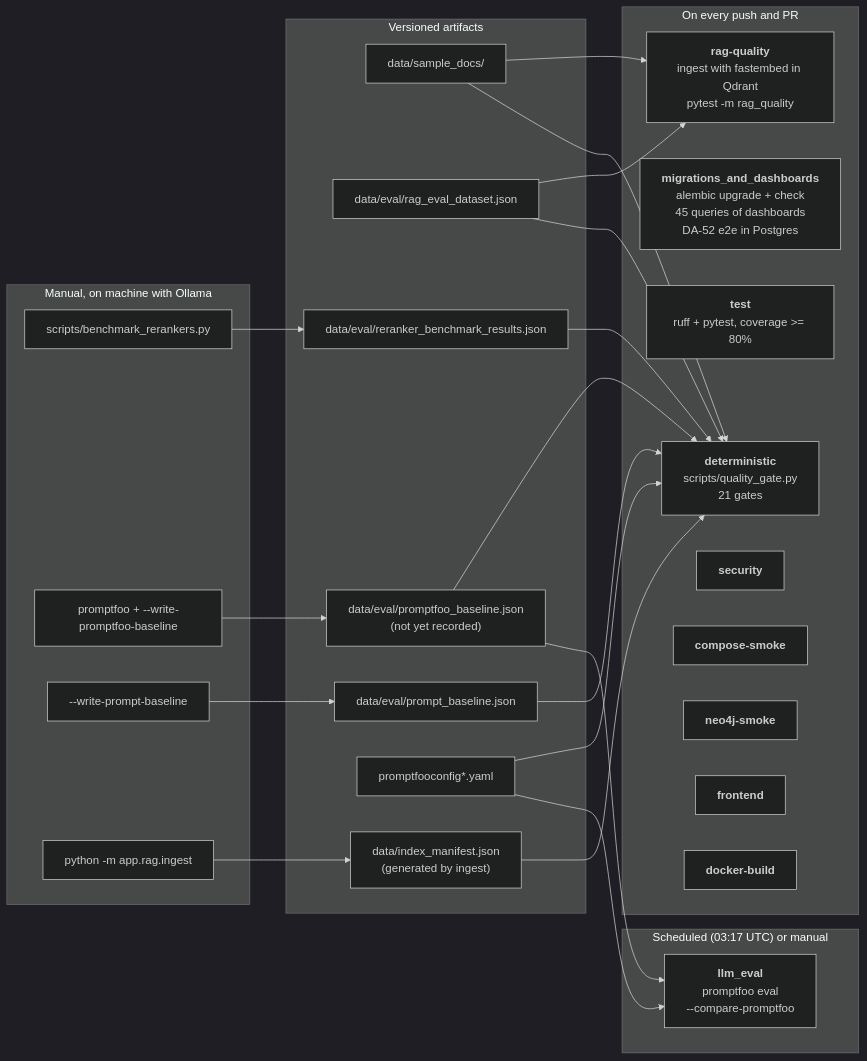
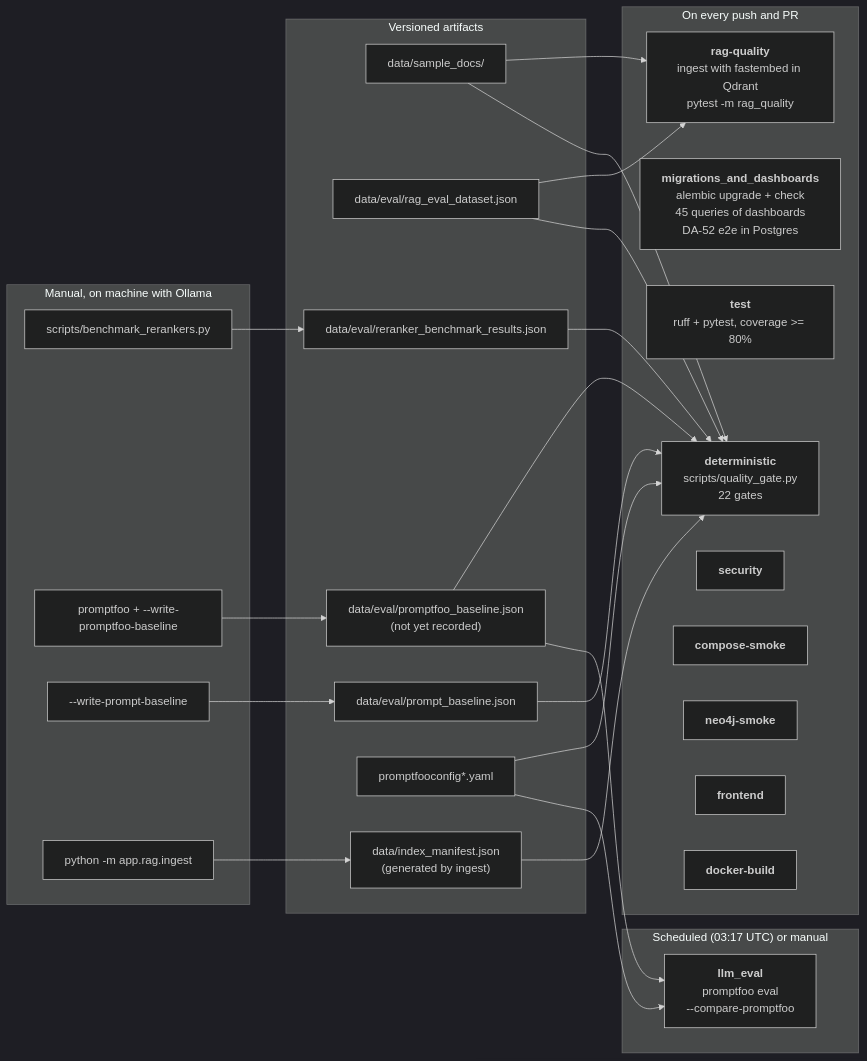
One commit to marcos-slima/integration-incident-copilot changed the diagram in docs/en/QUALITY_GATES.md. Above: the diagram before and after it, drawn with Mermaid (dark theme). The commit also changed other lines of this file and 10 other files, not shown here.

````diff
--- a/docs/en/QUALITY_GATES.md
+++ b/docs/en/QUALITY_GATES.md
@@ -42,51 +43,51 @@
 ```mermaid
 flowchart LR
     subgraph artifacts["Versioned artifacts"]
         docs["data/sample_docs/"]
         ds["data/eval/rag_eval_dataset.json"]
         rb["data/eval/reranker_benchmark_results.json"]
         pb["data/eval/prompt_baseline.json"]
         fb["data/eval/promptfoo_baseline.json<br/>(not yet recorded)"]
         cfg["promptfooconfig*.yaml"]
         mf["data/index_manifest.json<br/>(generated by ingest)"]
     end
 
     subgraph pr["On every push and PR"]
-        det["<b>deterministic</b><br/>scripts/quality_gate.py<br/>21 gates"]
+        det["<b>deterministic</b><br/>scripts/quality_gate.py<br/>22 gates"]
         mig["<b>migrations_and_dashboards</b><br/>alembic upgrade + check<br/>45 queries of dashboards<br/>DA-52 e2e in Postgres"]
         tst["<b>test</b><br/>ruff + pytest, coverage >= 80%"]
         rq["<b>rag-quality</b><br/>ingest with fastembed in Qdrant<br/>pytest -m rag_quality"]
         sec["<b>security</b>"]
         cs["<b>compose-smoke</b>"]
         n4["<b>neo4j-smoke</b>"]
         fe["<b>frontend</b>"]
         db["<b>docker-build</b>"]
     end
 
     subgraph scheduled["Scheduled (03:17 UTC) or manual"]
         llm["<b>llm_eval</b><br/>promptfoo eval<br/>--compare-promptfoo"]
     end
 
     subgraph manual["Manual, on machine with Ollama"]
         bm["scripts/benchmark_rerankers.py"]
         pf["promptfoo + --write-promptfoo-baseline"]
         pd["--write-prompt-baseline"]
         ing["python -m app.rag.ingest"]
     end
 
     docs --> rq
     ds --> rq
     ds --> det
     docs --> det
     rb --> det
     pb --> det
     cfg --> det
     fb --> det
     mf --> det
     cfg --> llm
     fb --> llm
     bm --> rb
     pf --> fb
     pd --> pb
     ing --> mf
 ```
````
